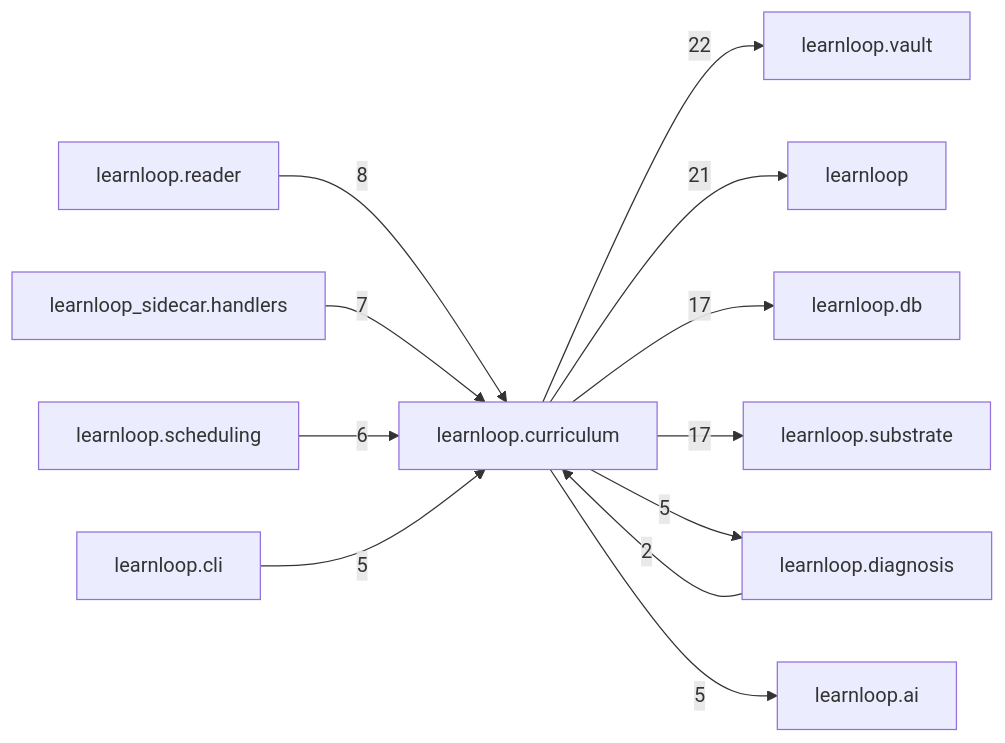
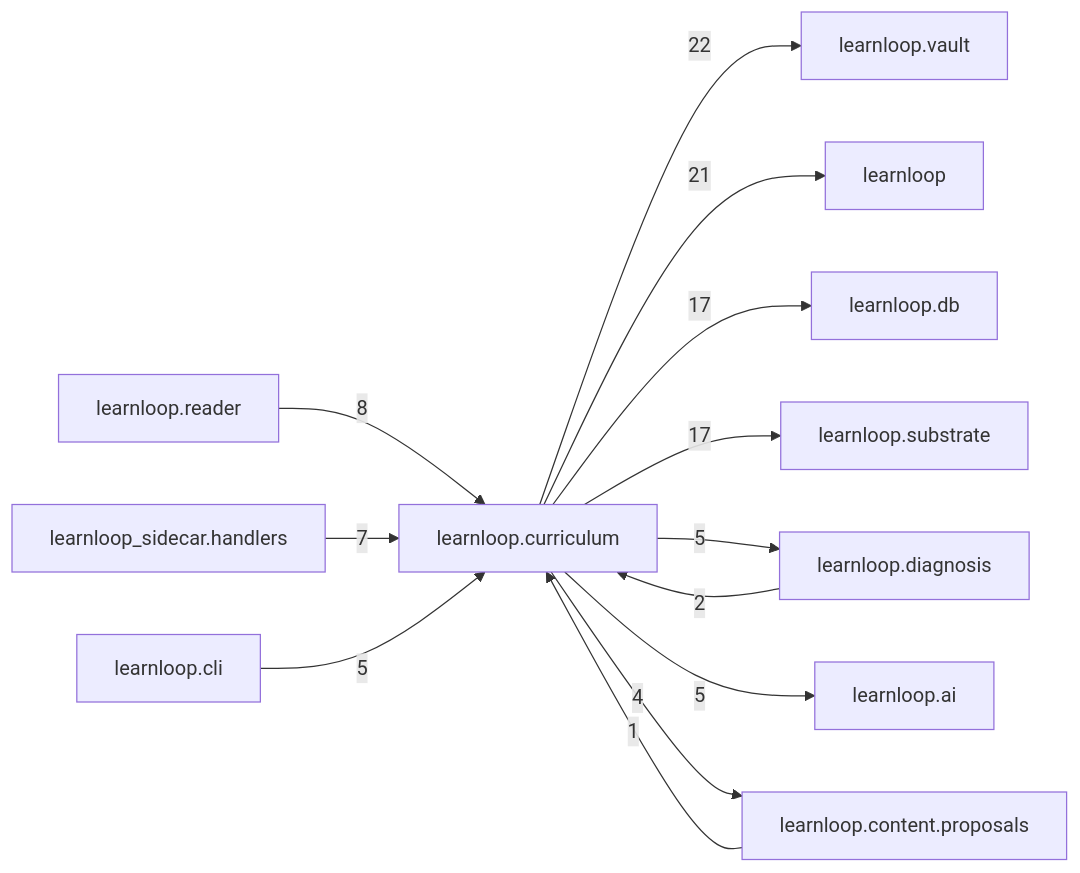
The diagram in docs/learnloop-architecture-vault/Reference/Modules/learnloop/curriculum/_package.md (6up-b/learnanything), drawn with Mermaid before and after one commit. The commit also changed other lines of this file and 57 other files, not shown here.

````diff
--- a/docs/learnloop-architecture-vault/Reference/Modules/learnloop/curriculum/_package.md
+++ b/docs/learnloop-architecture-vault/Reference/Modules/learnloop/curriculum/_package.md
@@ -128,25 +128,26 @@
 ```mermaid
 flowchart LR
     center["learnloop.curriculum"]
     n_learnloop_vault["learnloop.vault"]
     n_learnloop["learnloop"]
     n_learnloop_db["learnloop.db"]
     n_learnloop_substrate["learnloop.substrate"]
     n_learnloop_reader["learnloop.reader"]
     n_learnloop_diagnosis["learnloop.diagnosis"]
     n_learnloop_sidecar_handlers["learnloop_sidecar.handlers"]
-    n_learnloop_scheduling["learnloop.scheduling"]
     n_learnloop_ai["learnloop.ai"]
     n_learnloop_cli["learnloop.cli"]
+    n_learnloop_content_proposals["learnloop.content.proposals"]
     center -->|22| n_learnloop_vault
     center -->|21| n_learnloop
     center -->|17| n_learnloop_db
     center -->|17| n_learnloop_substrate
     n_learnloop_reader -->|8| center
     n_learnloop_diagnosis -->|2| center
     center -->|5| n_learnloop_diagnosis
     n_learnloop_sidecar_handlers -->|7| center
-    n_learnloop_scheduling -->|6| center
     center -->|5| n_learnloop_ai
     n_learnloop_cli -->|5| center
+    n_learnloop_content_proposals -->|1| center
+    center -->|4| n_learnloop_content_proposals
 ```
````
